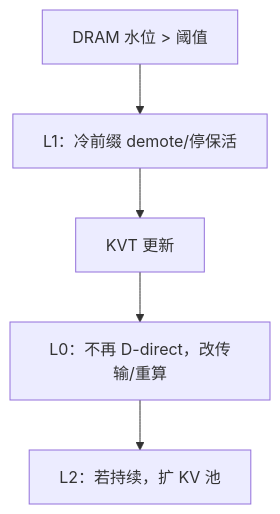
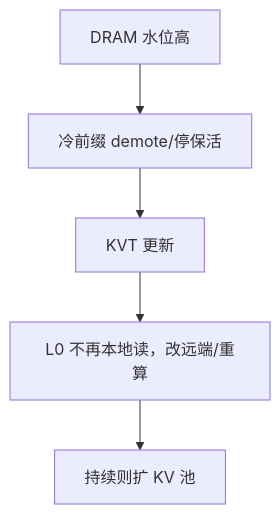
One commit to 5x8-40/lake changed diagram 12 of 14 in kvcm/design/D8-joint-scheduling.md. Above: the diagram before and after it, drawn with Mermaid. The commit also changed other lines of this file and 5 other files, not shown here.

````diff
--- a/kvcm/design/D8-joint-scheduling.md
+++ b/kvcm/design/D8-joint-scheduling.md
@@ -964,7 +546,7 @@
 ```mermaid
 flowchart TB
-    W["DRAM 水位 > 阈值"] --> D["L1：冷前缀 demote/停保活"]
+    W["DRAM 水位高"] --> D["冷前缀 demote/停保活"]
     D --> K["KVT 更新"]
-    K --> R["L0：不再 D-direct，改传输/重算"]
-    R --> S["L2：若持续，扩 KV 池"]
+    K --> R["L0 不再本地读，改远端/重算"]
+    R --> S["持续则扩 KV 池"]
 ```
````
